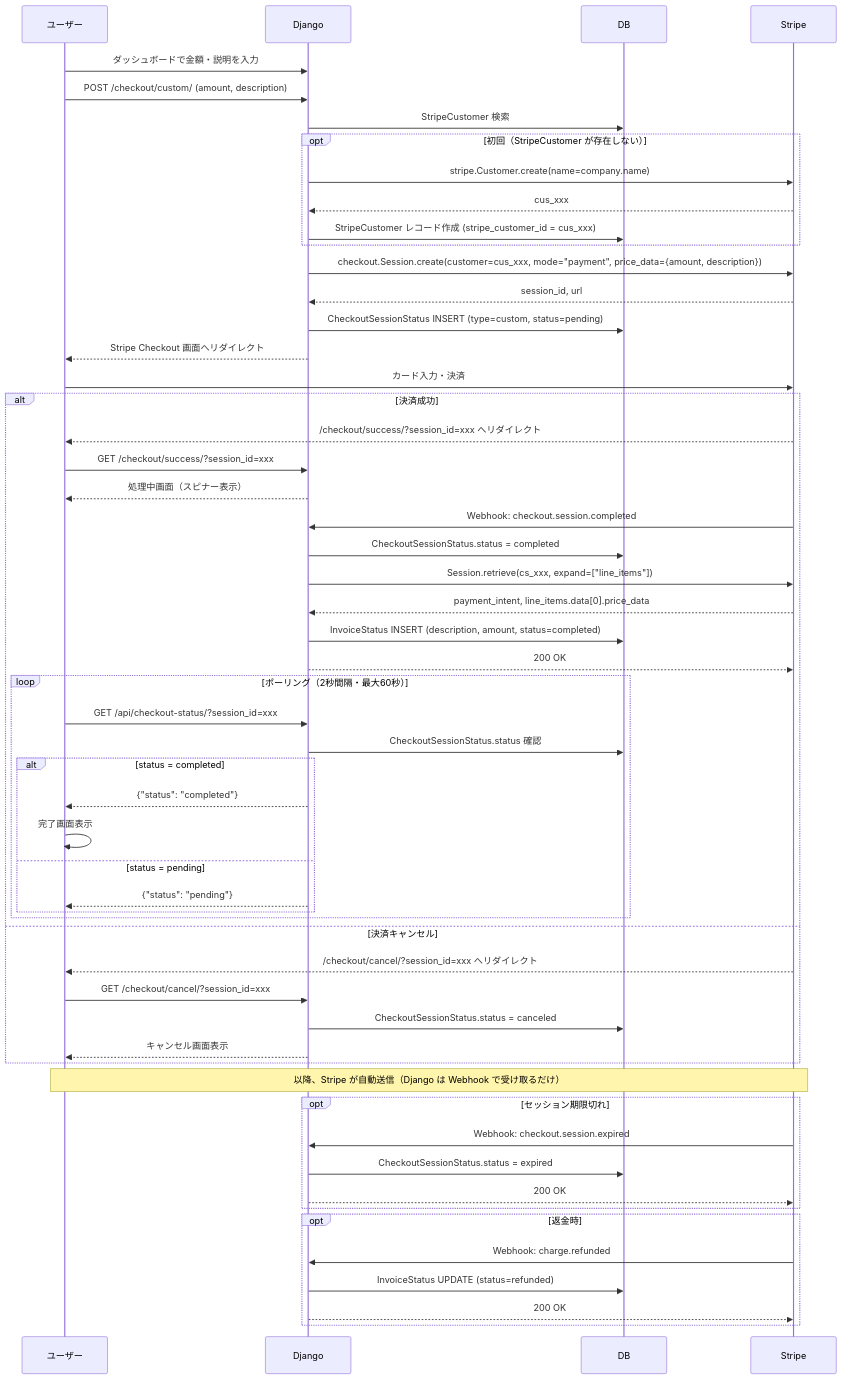
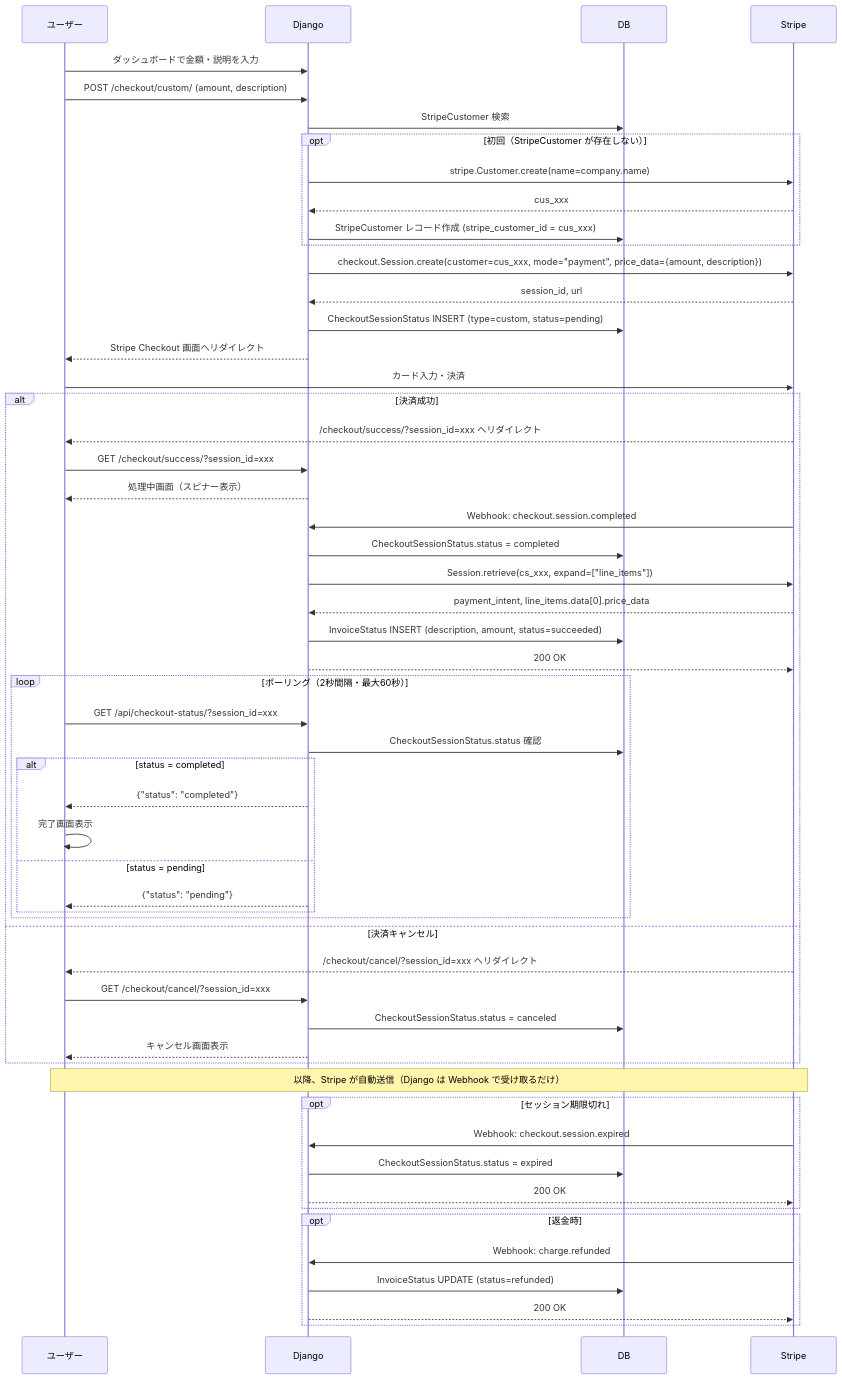
The third of 4 diagrams in docs/sequence-diagram.md (suzuki-tomok/payment-core), drawn with Mermaid before and after one commit. The commit also changed other lines of this file and 15 other files, not shown here.

````diff
--- a/docs/sequence-diagram.md
+++ b/docs/sequence-diagram.md
@@ -162,69 +162,69 @@
 ```mermaid
 sequenceDiagram
     participant U as ユーザー
     participant D as Django
     participant DB as DB
     participant S as Stripe
 
     U->>D: ダッシュボードで金額・説明を入力
     U->>D: POST /checkout/custom/ (amount, description)
 
     D->>DB: StripeCustomer 検索
 
     opt 初回（StripeCustomer が存在しない）
         D->>S: stripe.Customer.create(name=company.name)
         S-->>D: cus_xxx
         D->>DB: StripeCustomer レコード作成 (stripe_customer_id = cus_xxx)
     end
 
     D->>S: checkout.Session.create(customer=cus_xxx, mode="payment", price_data={amount, description})
     S-->>D: session_id, url
     D->>DB: CheckoutSessionStatus INSERT (type=custom, status=pending)
     D-->>U: Stripe Checkout 画面へリダイレクト
 
     U->>S: カード入力・決済
 
     alt 決済成功
         S-->>U: /checkout/success/?session_id=xxx へリダイレクト
         U->>D: GET /checkout/success/?session_id=xxx
         D-->>U: 処理中画面（スピナー表示）
 
         S->>D: Webhook: checkout.session.completed
         D->>DB: CheckoutSessionStatus.status = completed
         D->>S: Session.retrieve(cs_xxx, expand=["line_items"])
         S-->>D: payment_intent, line_items.data[0].price_data
-        D->>DB: InvoiceStatus INSERT (description, amount, status=completed)
+        D->>DB: InvoiceStatus INSERT (description, amount, status=succeeded)
         D-->>S: 200 OK
 
         loop ポーリング（2秒間隔・最大60秒）
             U->>D: GET /api/checkout-status/?session_id=xxx
             D->>DB: CheckoutSessionStatus.status 確認
             alt status = completed
                 D-->>U: {"status": "completed"}
                 U->>U: 完了画面表示
             else status = pending
                 D-->>U: {"status": "pending"}
             end
         end
 
     else 決済キャンセル
         S-->>U: /checkout/cancel/?session_id=xxx へリダイレクト
         U->>D: GET /checkout/cancel/?session_id=xxx
         D->>DB: CheckoutSessionStatus.status = canceled
         D-->>U: キャンセル画面表示
     end
 
     Note over U,S: 以降、Stripe が自動送信（Django は Webhook で受け取るだけ）
 
     opt セッション期限切れ
         S->>D: Webhook: checkout.session.expired
         D->>DB: CheckoutSessionStatus.status = expired
         D-->>S: 200 OK
     end
 
     opt 返金時
         S->>D: Webhook: charge.refunded
         D->>DB: InvoiceStatus UPDATE (status=refunded)
         D-->>S: 200 OK
     end
 ```
````
